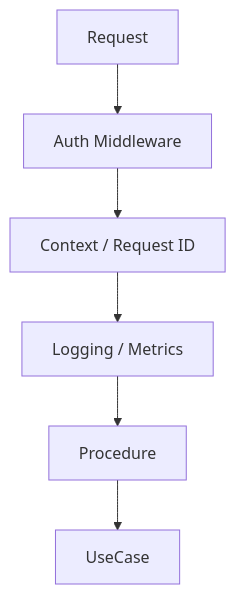
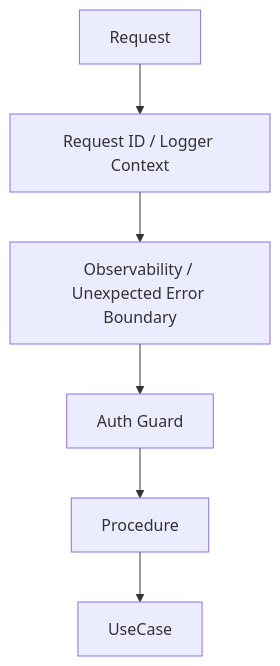
One commit to koralle/pantry changed the third of 5 diagrams in docs/superpowers/specs/2026-08-22-application-architecture-evolution-design.md. Above: the diagram before and after it, drawn with Mermaid. The commit also changed other lines of this file, not shown here.

Commit message:
docs: refine RPC error boundaries and CreateTag migration

````diff
--- a/docs/superpowers/specs/2026-08-22-application-architecture-evolution-design.md
+++ b/docs/superpowers/specs/2026-08-22-application-architecture-evolution-design.md
@@ -254,15 +307,15 @@
 ```mermaid
 flowchart TD
   Request[Request]
-  Auth[Auth Middleware]
-  Context[Context / Request ID]
-  Observe[Logging / Metrics]
+  RequestId[Request ID / Logger Context]
+  Observe[Observability / Unexpected Error Boundary]
+  Auth[Auth Guard]
   Procedure[Procedure]
   UseCase[UseCase]
 
-  Request --> Auth
-  Auth --> Context
-  Context --> Observe
-  Observe --> Procedure
+  Request --> RequestId
+  RequestId --> Observe
+  Observe --> Auth
+  Auth --> Procedure
   Procedure --> UseCase
 ```
````
